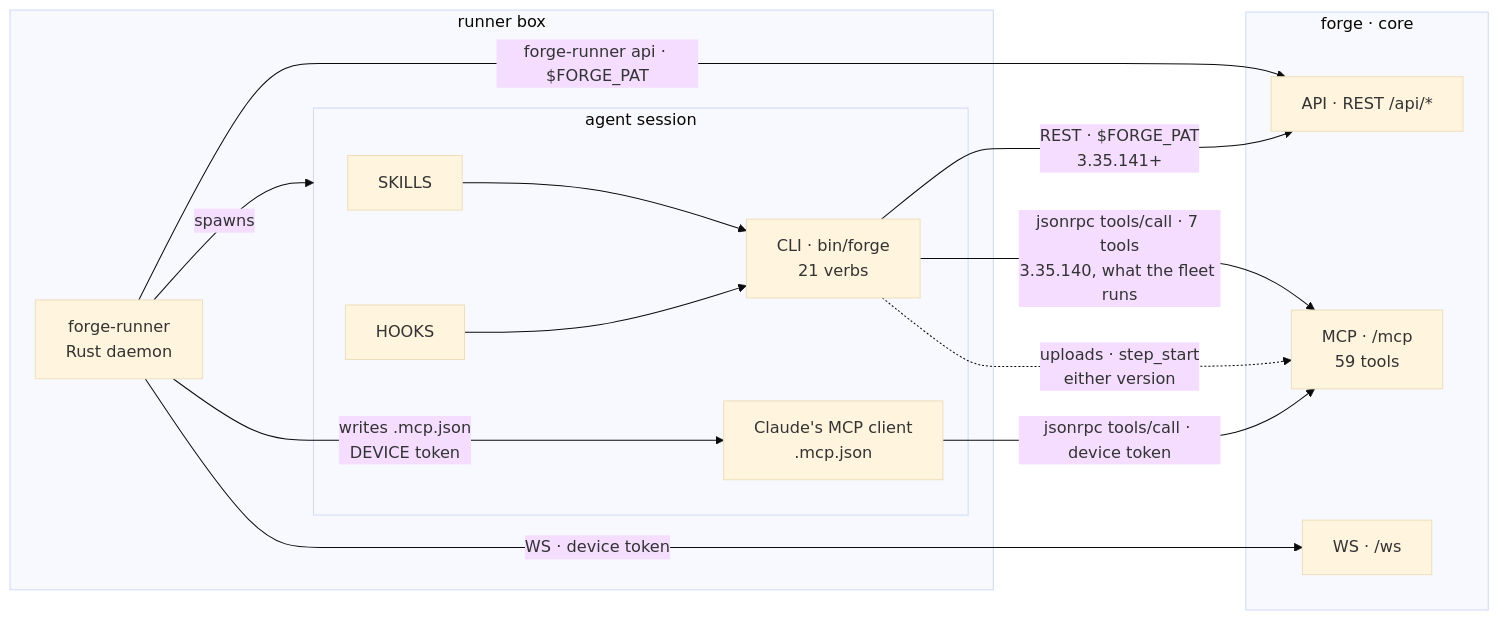
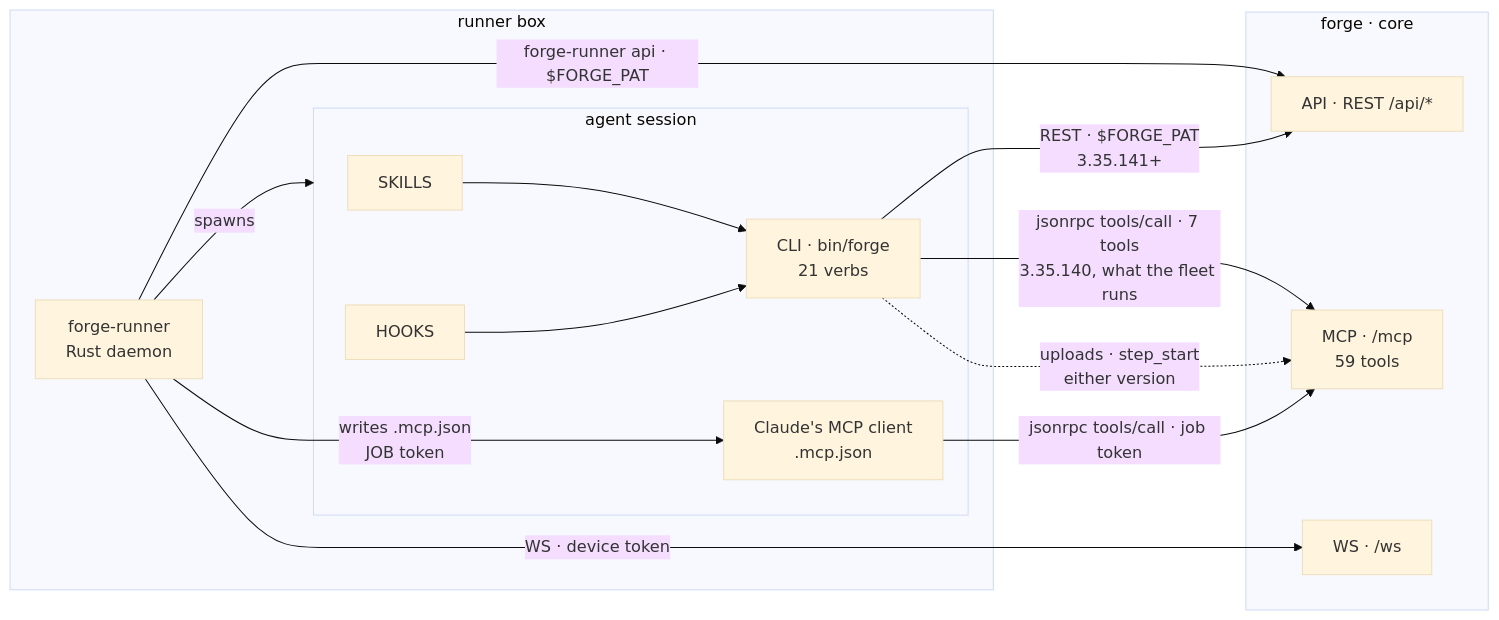
Before and after one commit to SidCorp-co/forge: the first of 2 diagrams in docs/architecture/agent-surface.md, drawn with Mermaid (base theme). The commit also changed other lines of this file and 92 other files, not shown here.

````diff
--- a/docs/architecture/agent-surface.md
+++ b/docs/architecture/agent-surface.md
@@ -9,26 +9,26 @@
 ```mermaid
 flowchart LR
   subgraph BOX["runner box"]
     D["forge-runner<br/>Rust daemon"]
     subgraph S["agent session"]
       SK["SKILLS"] --> CLI["CLI · bin/forge<br/>21 verbs"]
       HK["HOOKS"] --> CLI
       MC["Claude's MCP client<br/>.mcp.json"]
     end
     D -->|spawns| S
-    D -->|"writes .mcp.json<br/>DEVICE token"| MC
+    D -->|"writes .mcp.json<br/>JOB token"| MC
   end
 
   subgraph CORE["forge · core"]
     API["API · REST /api/*"]
     MCP["MCP · /mcp<br/>59 tools"]
     WS["WS · /ws"]
   end
 
   D -->|"WS · device token"| WS
   D -->|"forge-runner api · $FORGE_PAT"| API
   CLI -->|"REST · $FORGE_PAT<br/>3.35.141+"| API
   CLI -->|"jsonrpc tools/call · 7 tools<br/>3.35.140, what the fleet runs"| MCP
   CLI -.->|"uploads · step_start<br/>either version"| MCP
-  MC -->|"jsonrpc tools/call · device token"| MCP
+  MC -->|"jsonrpc tools/call · job token"| MCP
 ```
````
